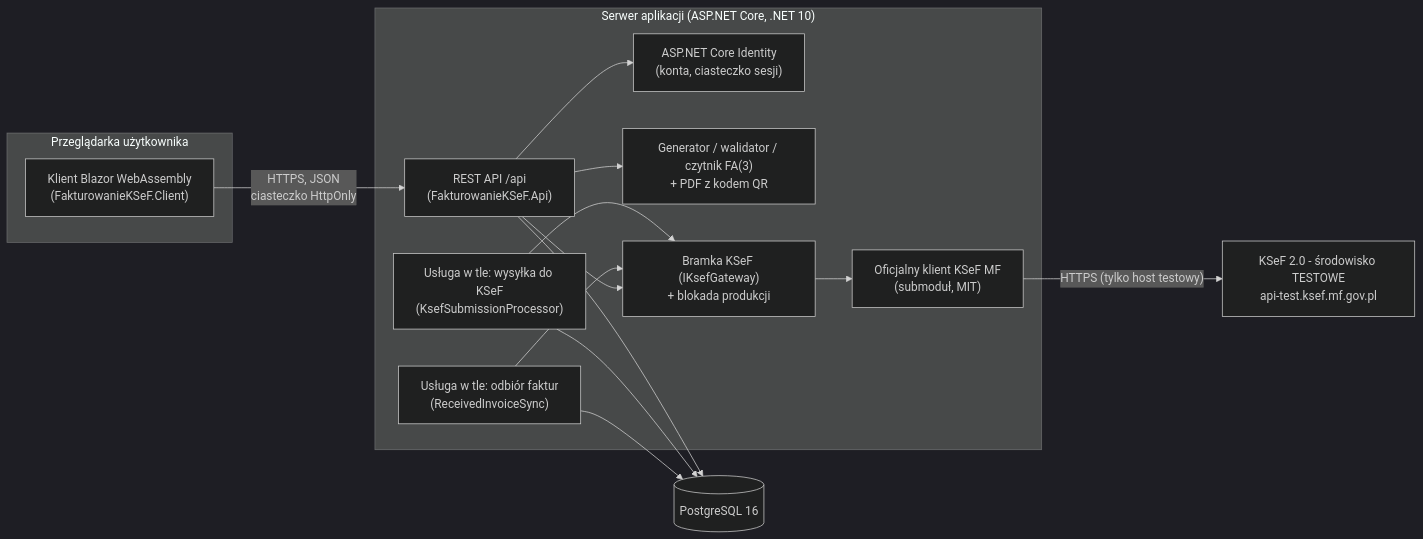
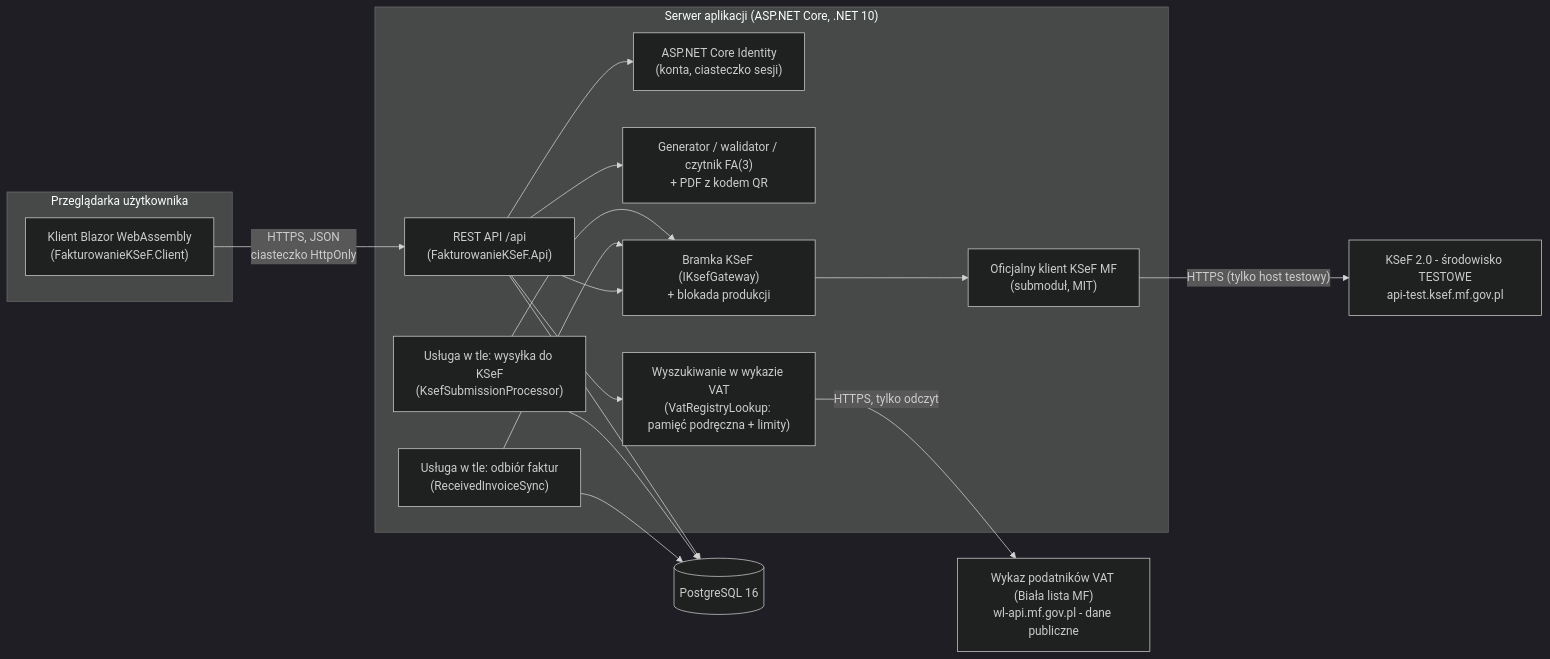
The first of 2 diagrams in docs/architektura.md (Kacper-Murawski/Fakturowanie-KSeF), drawn with Mermaid (dark theme) before and after one commit. The commit also changed other lines of this file and 24 other files, not shown here.

First line of the commit message:
Dane kontrahenta z wykazu podatników VAT (Biała lista MF) po NIP

````diff
--- a/docs/architektura.md
+++ b/docs/architektura.md
@@ -17,31 +17,35 @@
 ```mermaid
 flowchart LR
     subgraph Przegladarka["Przeglądarka użytkownika"]
         UI["Klient Blazor WebAssembly<br/>(FakturowanieKSeF.Client)"]
     end
 
     subgraph Serwer["Serwer aplikacji (ASP.NET Core, .NET 10)"]
         API["REST API /api<br/>(FakturowanieKSeF.Api)"]
         ID["ASP.NET Core Identity<br/>(konta, ciasteczko sesji)"]
         WS["Usługa w tle: wysyłka do KSeF<br/>(KsefSubmissionProcessor)"]
         WR["Usługa w tle: odbiór faktur<br/>(ReceivedInvoiceSync)"]
         FA3["Generator / walidator / czytnik FA(3)<br/>+ PDF z kodem QR"]
         GW["Bramka KSeF (IKsefGateway)<br/>+ blokada produkcji"]
         MF["Oficjalny klient KSeF MF<br/>(submoduł, MIT)"]
+        WL["Wyszukiwanie w wykazie VAT<br/>(VatRegistryLookup: pamięć podręczna + limity)"]
     end
 
     DB[("PostgreSQL 16")]
     KSEF["KSeF 2.0 - środowisko TESTOWE<br/>api-test.ksef.mf.gov.pl"]
+    BL["Wykaz podatników VAT (Biała lista MF)<br/>wl-api.mf.gov.pl - dane publiczne"]
 
     UI -- "HTTPS, JSON<br/>ciasteczko HttpOnly" --> API
     API --> ID
     API --> FA3
     API --> DB
     WS --> DB
     WR --> DB
     WS --> GW
     WR --> GW
     API --> GW
     GW --> MF
     MF -- "HTTPS (tylko host testowy)" --> KSEF
+    API --> WL
+    WL -- "HTTPS, tylko odczyt" --> BL
 ```
````
